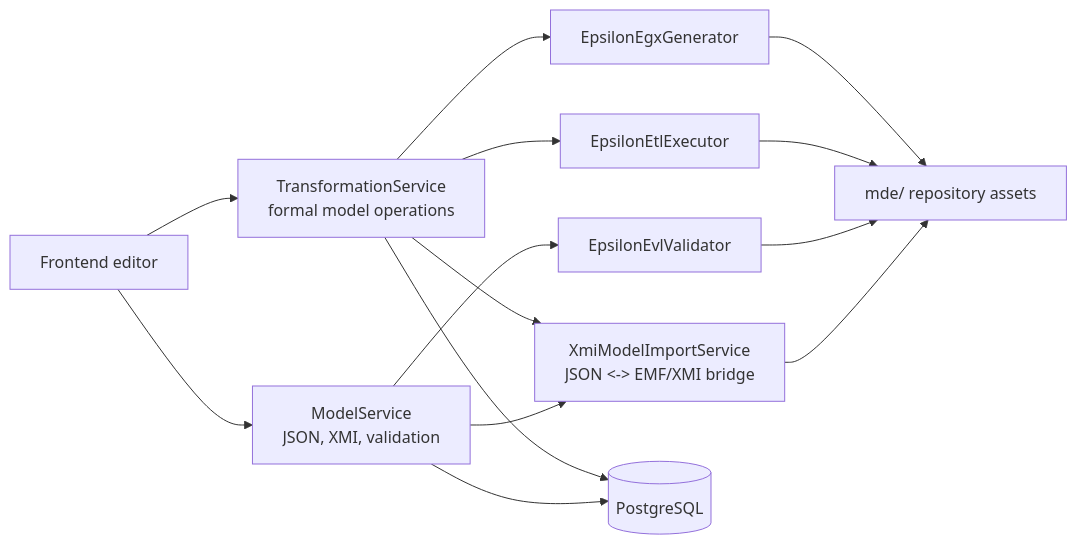
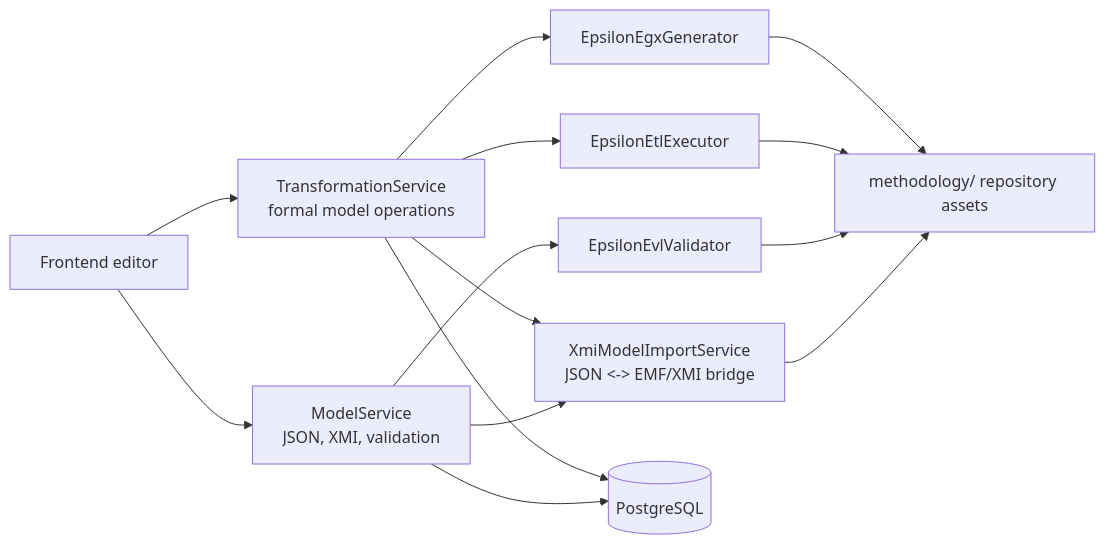
One commit to mehdieidi/modriss changed the second of 3 diagrams in docs/diagrams/17-mde-architecture.md. Above: the diagram before and after it, drawn with Mermaid. The commit also changed other lines of this file and 832 other files, not shown here.

````diff
--- a/docs/diagrams/17-mde-architecture.md
+++ b/docs/diagrams/17-mde-architecture.md
@@ -43,26 +43,26 @@
 ```mermaid
 flowchart LR
     frontend["Frontend editor"]
     modelService["ModelService<br/>JSON, XMI, validation"]
     transformService["TransformationService<br/>formal model operations"]
     xmi["XmiModelImportService<br/>JSON <-> EMF/XMI bridge"]
     evl["EpsilonEvlValidator"]
     etl["EpsilonEtlExecutor"]
     egx["EpsilonEgxGenerator"]
-    assets["mde/ repository assets"]
+    assets["methodology/ repository assets"]
     storage[("PostgreSQL")]
 
     frontend --> modelService
     frontend --> transformService
     modelService --> xmi
     modelService --> evl
     transformService --> xmi
     transformService --> etl
     transformService --> egx
     xmi --> assets
     evl --> assets
     etl --> assets
     egx --> assets
     modelService --> storage
     transformService --> storage
 ```
````
